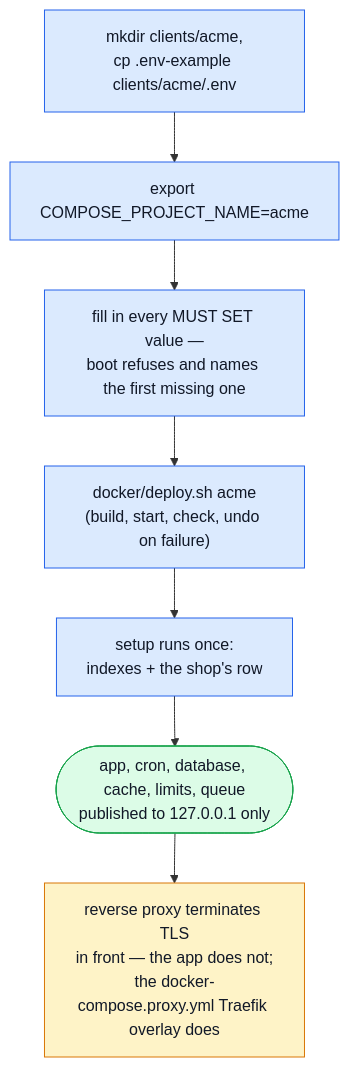
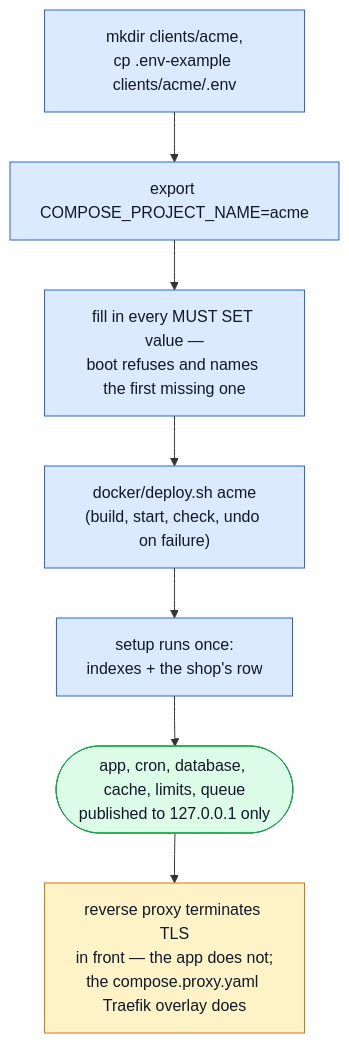
The first of 2 diagrams in docs/operate/first-deploy.md (Guebbit/boilerplate-node-backend), drawn with Mermaid before and after one commit. The commit also changed other lines of this file and 72 other files, not shown here.

````diff
--- a/docs/operate/first-deploy.md
+++ b/docs/operate/first-deploy.md
@@ -32,16 +32,16 @@
 ```mermaid
 flowchart TD
     Dir["mkdir clients/acme,\ncp .env-example clients/acme/.env"] --> Name["export COMPOSE_PROJECT_NAME=acme"]
     Name --> Secrets["fill in every MUST SET value —\nboot refuses and names the first missing one"]
     Secrets --> Up["docker/deploy.sh acme\n(build, start, check, undo on failure)"]
     Up --> Setup["setup runs once:\nindexes + the shop's row"]
     Setup --> Running(["app, cron, database, cache, limits, queue\npublished to 127.0.0.1 only"])
-    Running --> Proxy["reverse proxy terminates TLS\nin front — the app does not;\nthe docker-compose.proxy.yml Traefik overlay does"]
+    Running --> Proxy["reverse proxy terminates TLS\nin front — the app does not;\nthe compose.proxy.yaml Traefik overlay does"]
 
     classDef step fill:#dbeafe,stroke:#2563eb,color:#111827;
     classDef done fill:#dcfce7,stroke:#16a34a,color:#111827;
     classDef warn fill:#fef3c7,stroke:#d97706,color:#111827;
     class Dir,Name,Secrets,Up,Setup step;
     class Running done;
     class Proxy warn;
 ```
````
